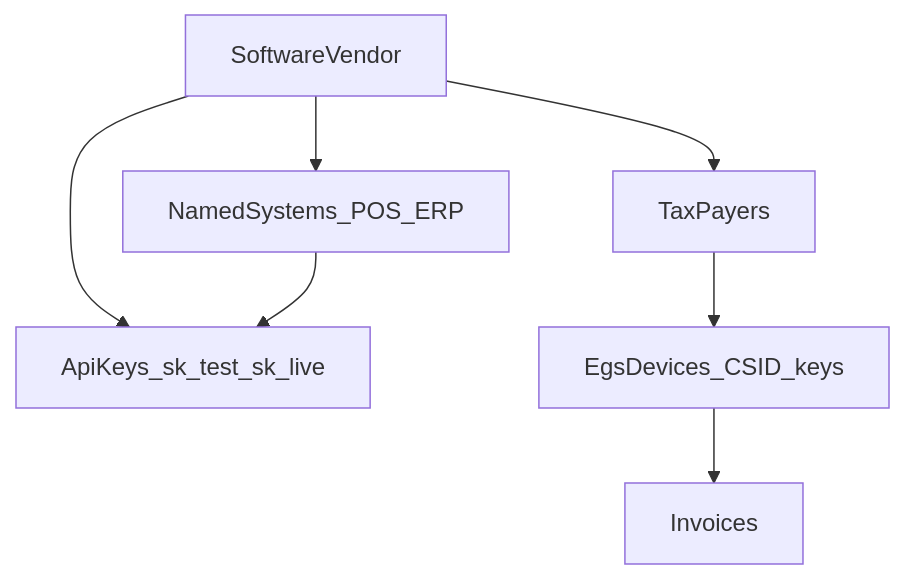
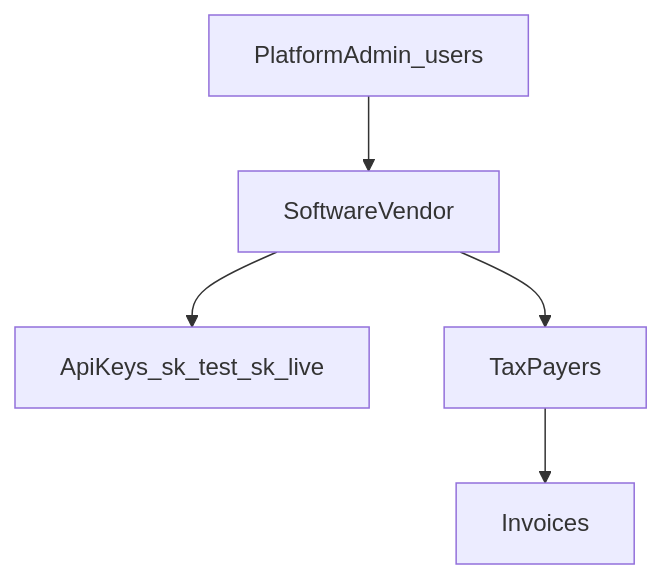
The first of 2 diagrams in sdk/ZATCA-SAAS-GATEWAY.md (anter0101/zatca-gateway-public), drawn with Mermaid before and after one commit. The commit also changed other lines of this file and 6 other files, not shown here.

Commit message:
Add Phase 5 documentation for product hardening, including webhooks, rate limits, audit logs, key rotation, and admin dashboard details. Update ERD and API specifications accordingly.

````diff
--- a/sdk/ZATCA-SAAS-GATEWAY.md
+++ b/sdk/ZATCA-SAAS-GATEWAY.md
@@ -21,16 +24,13 @@
 ```mermaid
 flowchart TB
+  Admin[PlatformAdmin_users]
   Vendor[SoftwareVendor]
   Keys[ApiKeys_sk_test_sk_live]
-  Systems[NamedSystems_POS_ERP]
   Payers[TaxPayers]
-  Devices[EgsDevices_CSID_keys]
   Invoices[Invoices]
 
-  Vendor --> Systems
+  Admin --> Vendor
   Vendor --> Keys
-  Systems --> Keys
   Vendor --> Payers
-  Payers --> Devices
-  Devices --> Invoices
+  Payers --> Invoices
 ```
````
